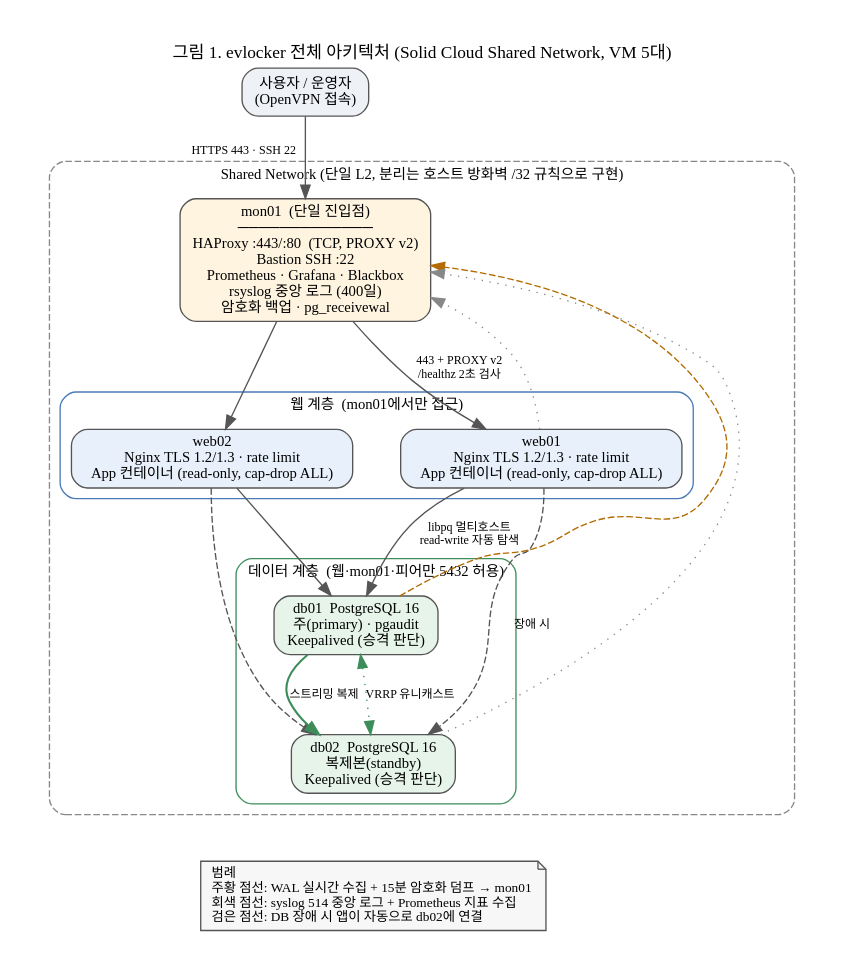
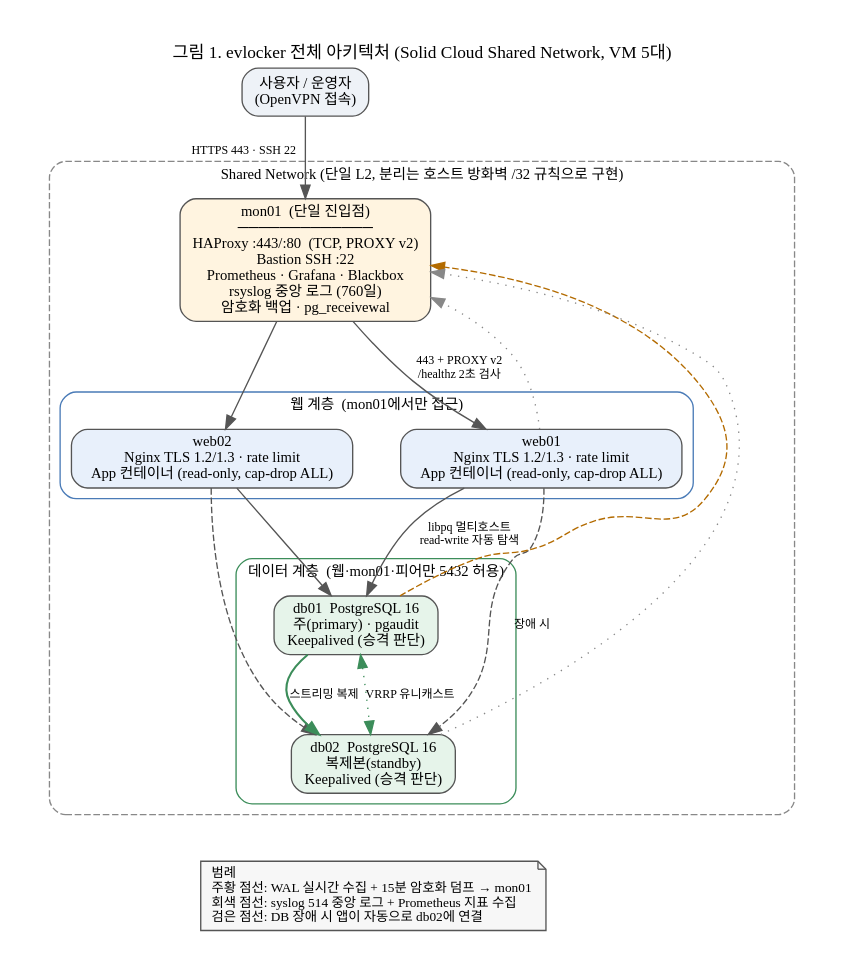
One commit to pieon29/evlocker changed the diagram in docs/diagrams/architecture.dot. Above: the diagram before and after it, drawn with Graphviz. The commit also changed 7 other files, not shown here.

```diff
--- a/docs/diagrams/architecture.dot
+++ b/docs/diagrams/architecture.dot
@@ -1,41 +1,41 @@
 digraph G {
   graph [rankdir=TB, fontname="NanumGothic", fontsize=13, nodesep=0.5, ranksep=0.7, labelloc=t, label="그림 1. evlocker 전체 아키텍처 (Solid Cloud Shared Network, VM 5대)", bgcolor="white", pad=0.3];
   node [fontname="NanumGothic", fontsize=11, shape=box, style="rounded,filled", fillcolor="#ffffff", color="#555555"];
   edge [fontname="NanumGothic", fontsize=9, color="#555555"];
 
   user [label="사용자 / 운영자\n(OpenVPN 접속)", shape=box, fillcolor="#eef2f7"];
 
   subgraph cluster_net {
     label="Shared Network (단일 L2, 분리는 호스트 방화벽 /32 규칙으로 구현)"; style="rounded,dashed"; color="#888888"; fontsize=11;
 
-    mon [label="mon01  (단일 진입점)\n─────────────\nHAProxy :443/:80  (TCP, PROXY v2)\nBastion SSH :22\nPrometheus · Grafana · Blackbox\nrsyslog 중앙 로그 (400일)\n암호화 백업 · pg_receivewal", fillcolor="#fff4e0"];
+    mon [label="mon01  (단일 진입점)\n─────────────\nHAProxy :443/:80  (TCP, PROXY v2)\nBastion SSH :22\nPrometheus · Grafana · Blackbox\nrsyslog 중앙 로그 (760일)\n암호화 백업 · pg_receivewal", fillcolor="#fff4e0"];
 
     subgraph cluster_web {
       label="웹 계층  (mon01에서만 접근)"; style="rounded"; color="#4a7bb7";
       web1 [label="web01\nNginx TLS 1.2/1.3 · rate limit\nApp 컨테이너 (read-only, cap-drop ALL)", fillcolor="#e8f0fb"];
       web2 [label="web02\nNginx TLS 1.2/1.3 · rate limit\nApp 컨테이너 (read-only, cap-drop ALL)", fillcolor="#e8f0fb"];
     }
 
     subgraph cluster_db {
       label="데이터 계층  (웹·mon01·피어만 5432 허용)"; style="rounded"; color="#3c8d5a";
       db1 [label="db01  PostgreSQL 16\n주(primary) · pgaudit\nKeepalived (승격 판단)", fillcolor="#e6f4ea"];
       db2 [label="db02  PostgreSQL 16\n복제본(standby)\nKeepalived (승격 판단)", fillcolor="#e6f4ea"];
     }
   }
 
   user -> mon [xlabel="HTTPS 443 · SSH 22  "];
   mon -> web1 [label="443 + PROXY v2\n/healthz 2초 검사"];
   mon -> web2;
   web1 -> db1 [label="libpq 멀티호스트\nread-write 자동 탐색"];
   web2 -> db1;
   web1 -> db2 [style=dashed, label="장애 시"];
   web2 -> db2 [style=dashed];
   db1 -> db2 [label="스트리밍 복제", color="#3c8d5a", penwidth=1.6];
   db1 -> mon [style=dashed, color="#b36b00", constraint=false];
   web1 -> mon [style=dotted, color="#888888", constraint=false];
   db2 -> mon [style=dotted, color="#888888", constraint=false];
   db1 -> db2 [label="VRRP 유니캐스트", style=dotted, dir=both, color="#3c8d5a"];
 
   legend [shape=note, fontsize=10, fillcolor="#f7f7f7", label="범례\l주황 점선: WAL 실시간 수집 + 15분 암호화 덤프 → mon01\l회색 점선: syslog 514 중앙 로그 + Prometheus 지표 수집\l검은 점선: DB 장애 시 앱이 자동으로 db02에 연결\l"];
   db2 -> legend [style=invis];
 }
```
